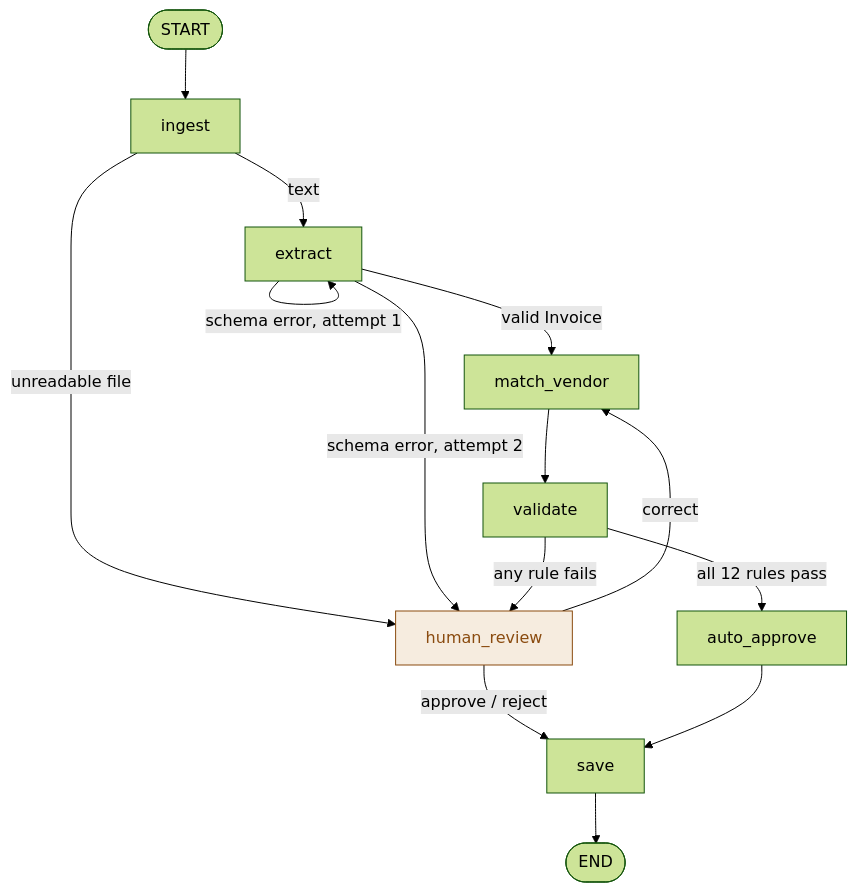
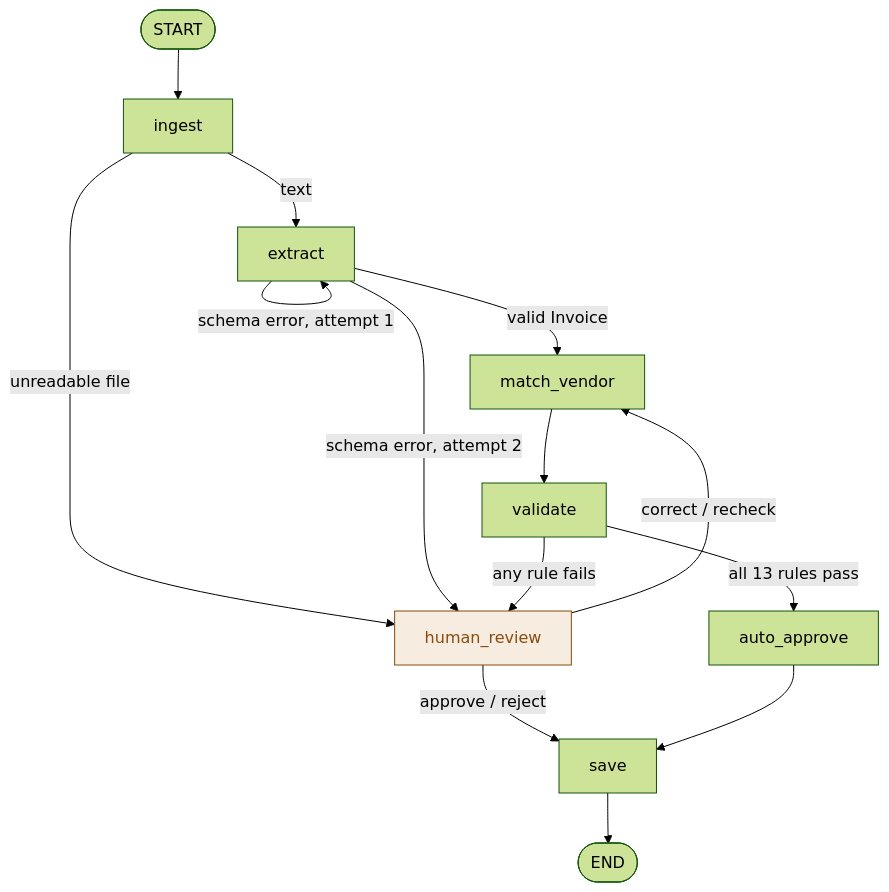
The second of 2 diagrams in README.md (Nityaa08/invoice-agent), drawn with Mermaid (forest theme) before and after one commit. The commit also changed other lines of this file and 3 other files, not shown here.

First line of the commit message:
Docs: features, architecture, every mode, the MCP setup, round-two red team

````diff
--- a/README.md
+++ b/README.md
@@ -27,19 +81,19 @@
 ```mermaid
 flowchart TD
     S([START]) --> ingest
     ingest -->|text| extract
     ingest -->|unreadable file| human_review
     extract -->|valid Invoice| match_vendor
     extract -->|schema error, attempt 1| extract
     extract -->|schema error, attempt 2| human_review
     match_vendor --> validate
-    validate -->|all 12 rules pass| auto_approve
+    validate -->|all 13 rules pass| auto_approve
     validate -->|any rule fails| human_review
     human_review -->|approve / reject| save
-    human_review -->|correct| match_vendor
+    human_review -->|correct / recheck| match_vendor
     auto_approve --> save
     save --> E([END])
 
     classDef pause fill:#f6ecdf,stroke:#8a4b0f,color:#8a4b0f
     class human_review pause
 ```
````
